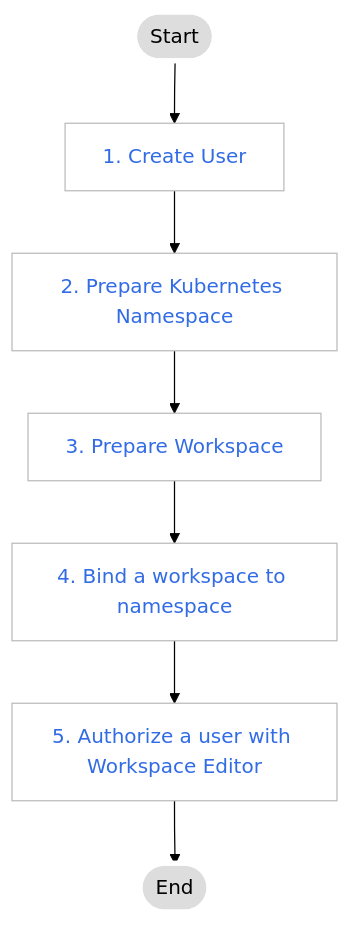
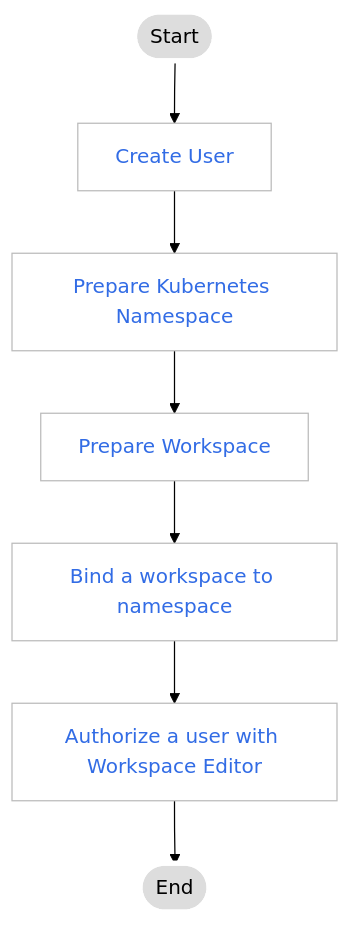
Before and after one commit to DaoCloud/DaoCloud-docs: the diagram in docs/en/docs/ghippo/best-practice/authz-plan.md, drawn with Mermaid (forest theme). The commit also changed 1 other file, not shown here.

Commit message:
Fix mermaid list in authz-plan.md (#6456)

````diff
--- a/docs/en/docs/ghippo/best-practice/authz-plan.md
+++ b/docs/en/docs/ghippo/best-practice/authz-plan.md
@@ -7,23 +7,23 @@
 ```mermaid
 graph TB
 
-    start([Start]) --> user[1. Create User]
-    user --> ns[2. Prepare Kubernetes Namespace]
-    ns --> ws[3. Prepare Workspace]
-    ws --> ws-to-ns[4. Bind a workspace to namespace]
-    ws-to-ns --> authu[5. Authorize a user with Workspace Editor]
+    start([Start]) --> user[Create User]
+    user --> ns[Prepare Kubernetes Namespace]
+    ns --> ws[Prepare Workspace]
+    ws --> ws-to-ns[Bind a workspace to namespace]
+    ws-to-ns --> authu[Authorize a user with Workspace Editor]
     authu --> complete([End])
     
 click user "https://docs.daocloud.io/en/ghippo/user-guide/access-control/user/"
 click ns "https://docs.daocloud.io/en/kpanda/user-guide/namespaces/createns/"
 click ws "https://docs.daocloud.io/en/ghippo/user-guide/workspace/workspace/"
 click ws-to-ns "https://docs.daocloud.io/en/ghippo/user-guide/workspace/ws-to-ns-across-clus/"
 click authu "https://docs.daocloud.io/en/ghippo/user-guide/workspace/wspermission/"
 
  classDef plain fill:#ddd,stroke:#fff,stroke-width:4px,color:#000;
  classDef k8s fill:#326ce5,stroke:#fff,stroke-width:4px,color:#fff;
  classDef cluster fill:#fff,stroke:#bbb,stroke-width:1px,color:#326ce5;
  
  class user,ns,ws,ws-to-ns,authu cluster;
  class start,complete plain;
 ```
````
